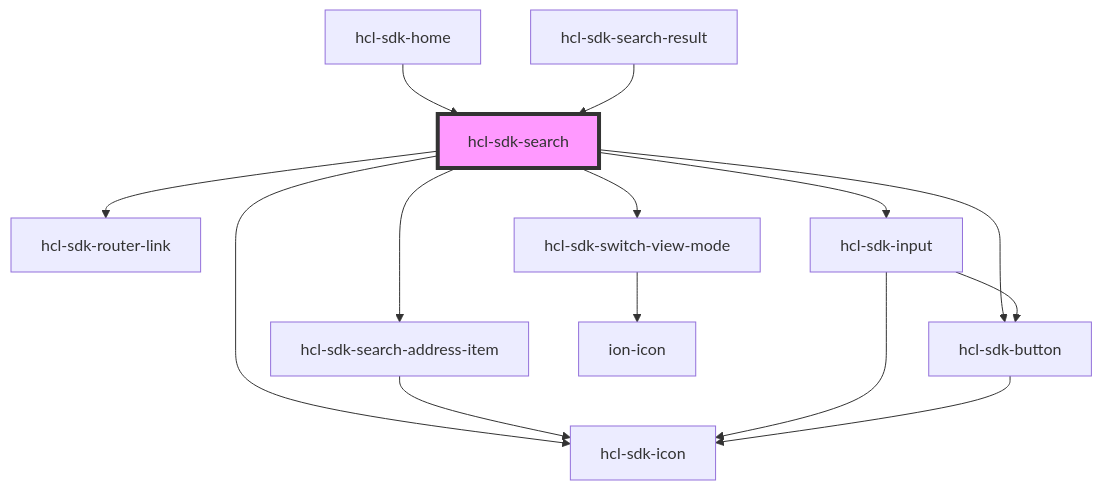
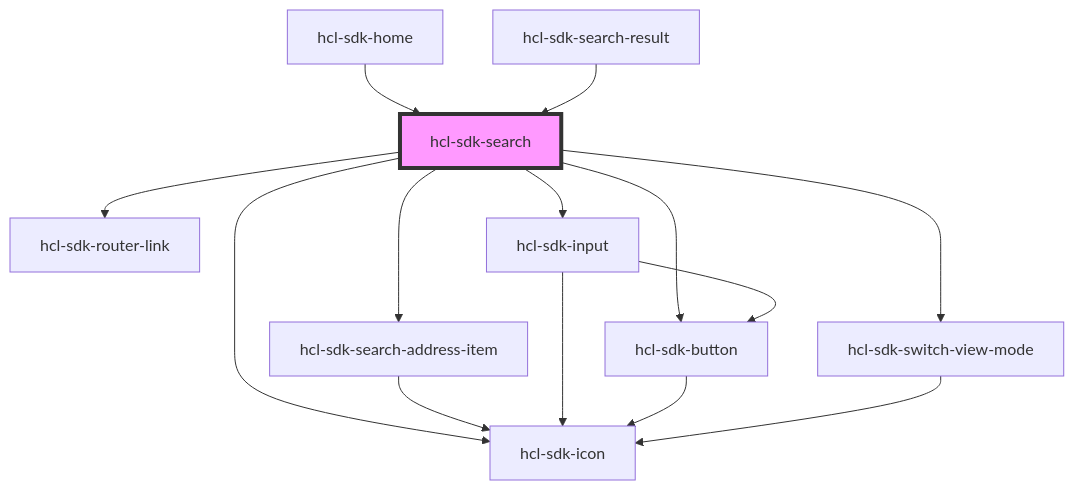
One commit to hcl-sdk/HealthCareLocatorWebSDK changed the diagram in packages/hcl-sdk-web-ui/docs/components/screens/hcl-sdk-search/readme.md. Above: the diagram before and after it, drawn with Mermaid. The commit also changed 51 other files, not shown here.

````diff
--- a/packages/hcl-sdk-web-ui/docs/components/screens/hcl-sdk-search/readme.md
+++ b/packages/hcl-sdk-web-ui/docs/components/screens/hcl-sdk-search/readme.md
@@ -34,17 +34,17 @@
 ```mermaid
 graph TD;
   hcl-sdk-search --> hcl-sdk-search-address-item
   hcl-sdk-search --> hcl-sdk-router-link
   hcl-sdk-search --> hcl-sdk-icon
   hcl-sdk-search --> hcl-sdk-input
   hcl-sdk-search --> hcl-sdk-button
   hcl-sdk-search --> hcl-sdk-switch-view-mode
   hcl-sdk-search-address-item --> hcl-sdk-icon
   hcl-sdk-input --> hcl-sdk-button
   hcl-sdk-input --> hcl-sdk-icon
   hcl-sdk-button --> hcl-sdk-icon
-  hcl-sdk-switch-view-mode --> ion-icon
+  hcl-sdk-switch-view-mode --> hcl-sdk-icon
   hcl-sdk-home --> hcl-sdk-search
   hcl-sdk-search-result --> hcl-sdk-search
   style hcl-sdk-search fill:#f9f,stroke:#333,stroke-width:4px
 ```
````
